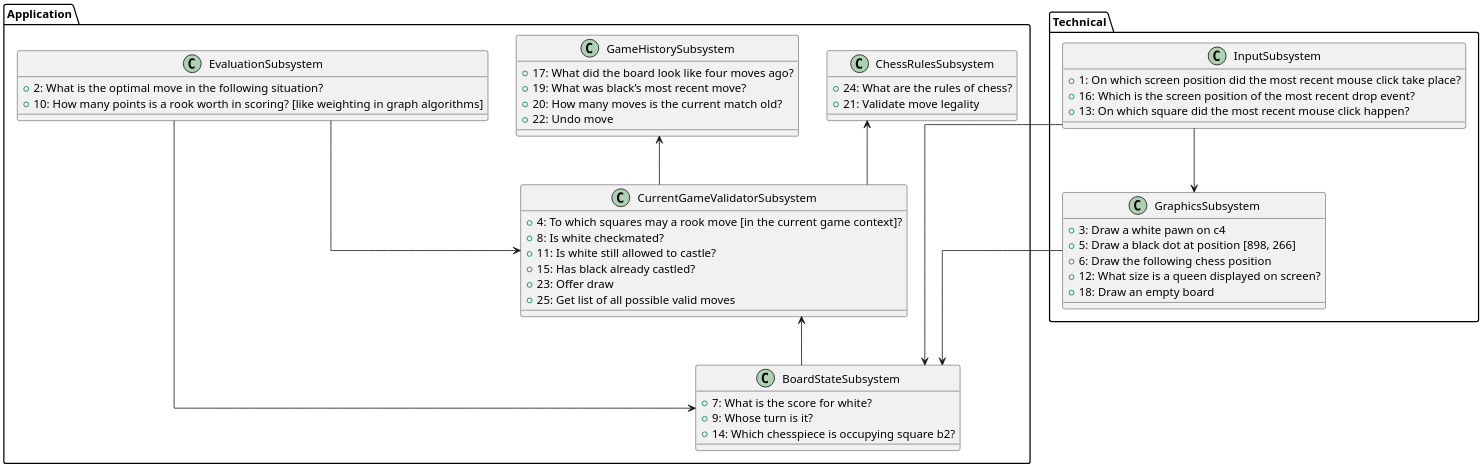
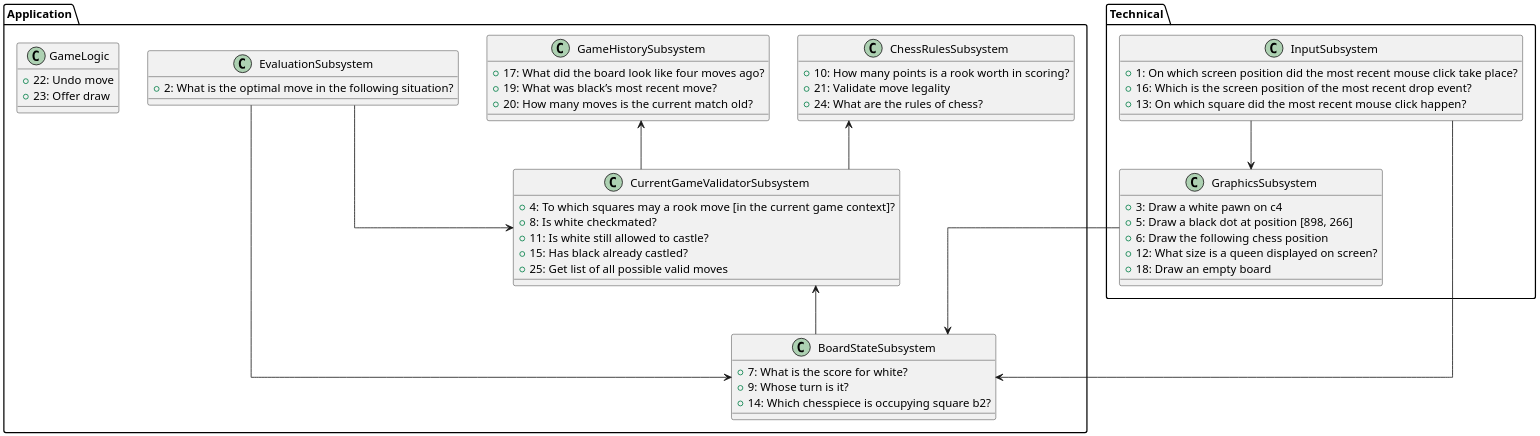
The diagram in plantuml/chess.plantuml (skyler544/chess-architecture), drawn with PlantUML before and after one commit.

Commit message:
refactor and add a game state component

```diff
--- a/plantuml/chess.plantuml
+++ b/plantuml/chess.plantuml
@@ -1,63 +1,66 @@
 @startuml
 skinparam linetype ortho
 skinparam dpi 200
 
 package Application {
   class ChessRulesSubsystem {
+    +10: How many points is a rook worth in scoring?
+    +21: Validate move legality
     +24: What are the rules of chess?
-    +21: Validate move legality
   }
 
   class CurrentGameValidatorSubsystem {
     +4: To which squares may a rook move [in the current game context]?
     +8: Is white checkmated?
     +11: Is white still allowed to castle?
     +15: Has black already castled?
-    +23: Offer draw
     +25: Get list of all possible valid moves
   }
 
   class GameHistorySubsystem {
     +17: What did the board look like four moves ago?
     +19: What was black’s most recent move?
     +20: How many moves is the current match old?
-    +22: Undo move
   }
 
   class BoardStateSubsystem {
     +7: What is the score for white?
     +9: Whose turn is it?
     +14: Which chesspiece is occupying square b2?
   }
+
   class EvaluationSubsystem {
     +2: What is the optimal move in the following situation?
-    +10: How many points is a rook worth in scoring? [like weighting in graph algorithms]
   }
 
+  class GameLogic {
+    +22: Undo move
+    +23: Offer draw
+  }
 }
 
 package Technical {
   class InputSubsystem {
     +1: On which screen position did the most recent mouse click take place?
     +16: Which is the screen position of the most recent drop event?
     +13: On which square did the most recent mouse click happen?
   }
 
   class GraphicsSubsystem {
     +3: Draw a white pawn on c4
     +5: Draw a black dot at position [898, 266]
     +6: Draw the following chess position
     +12: What size is a queen displayed on screen?
     +18: Draw an empty board
   }
 }
 
 ChessRulesSubsystem <-- CurrentGameValidatorSubsystem
 CurrentGameValidatorSubsystem <-- BoardStateSubsystem
 GameHistorySubsystem <-- CurrentGameValidatorSubsystem
 InputSubsystem --> BoardStateSubsystem
 InputSubsystem --> GraphicsSubsystem
 GraphicsSubsystem --> BoardStateSubsystem
 EvaluationSubsystem --> CurrentGameValidatorSubsystem
 EvaluationSubsystem --> BoardStateSubsystem
 @enduml
```
